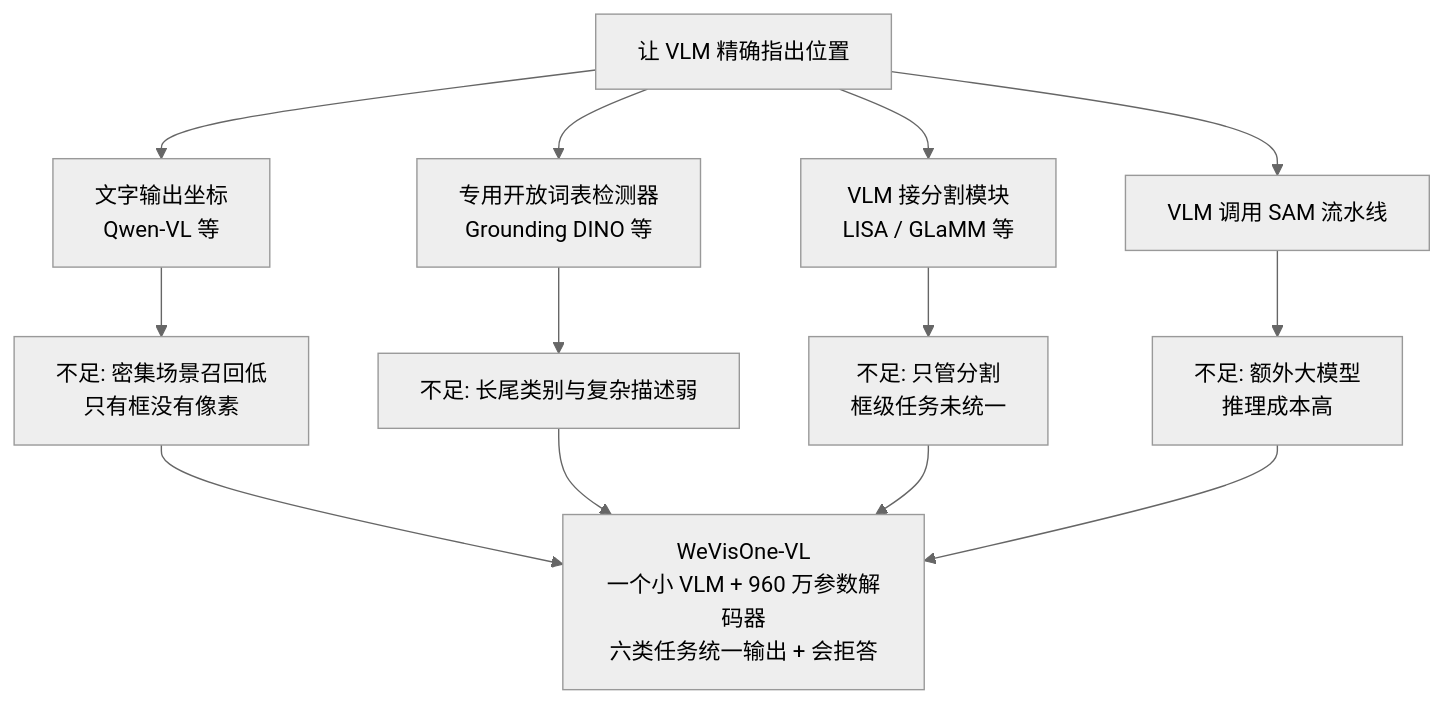
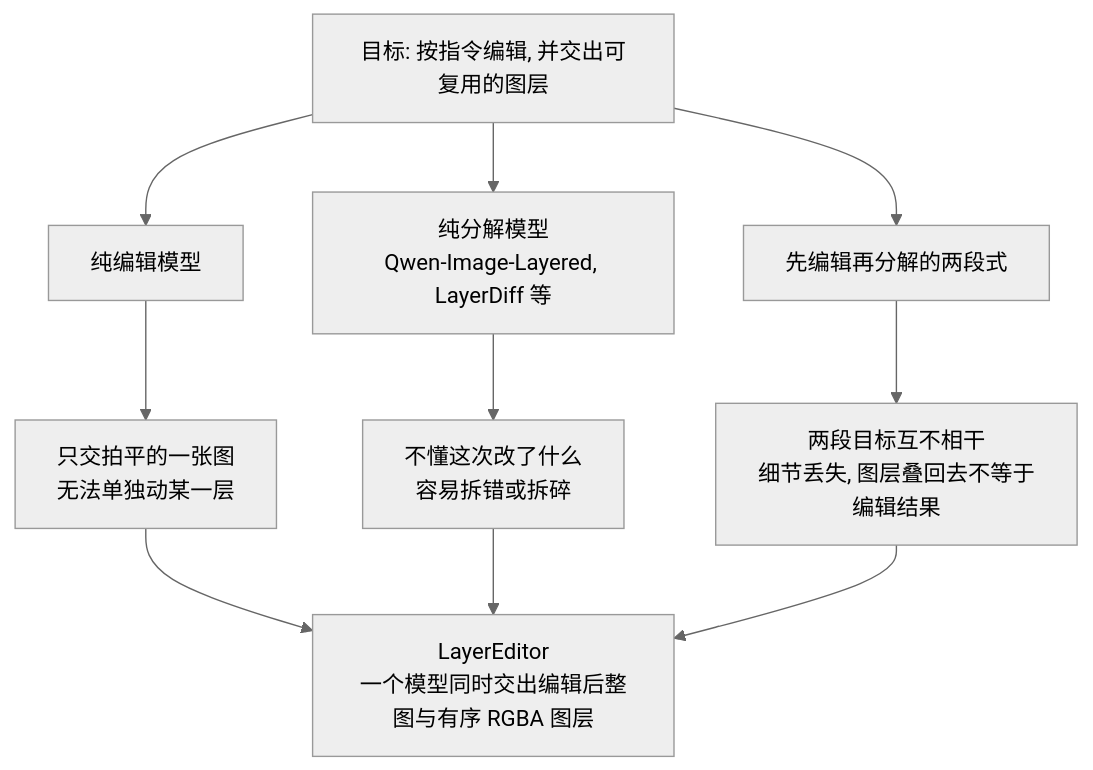
Before and after one commit to yingwang/paper-reads: the first of 3 diagrams in docs/index.md, drawn with Mermaid (neutral theme). The commit also changed other lines of this file and 2 other files, not shown here.

````diff
--- a/docs/index.md
+++ b/docs/index.md
@@ -66,15 +65,12 @@
 ```mermaid
 graph TD
-    P[让 VLM 精确指出位置] --> A[文字输出坐标<br/>Qwen-VL 等]
-    P --> B[专用开放词表检测器<br/>Grounding DINO 等]
-    P --> C[VLM 接分割模块<br/>LISA / GLaMM 等]
-    P --> D[VLM 调用 SAM 流水线]
-    A --> A1[不足: 密集场景召回低<br/>只有框没有像素]
-    B --> B1[不足: 长尾类别与复杂描述弱]
-    C --> C1[不足: 只管分割<br/>框级任务未统一]
-    D --> D1[不足: 额外大模型<br/>推理成本高]
-    A1 --> W[WeVisOne-VL<br/>一个小 VLM + 960 万参数解码器<br/>六类任务统一输出 + 会拒答]
-    B1 --> W
-    C1 --> W
-    D1 --> W
+    G[目标: 按指令编辑, 并交出可复用的图层] --> A[纯编辑模型]
+    G --> B[纯分解模型<br/>Qwen-Image-Layered, LayerDiff 等]
+    G --> C[先编辑再分解的两段式]
+    A --> A1[只交拍平的一张图<br/>无法单独动某一层]
+    B --> B1[不懂这次改了什么<br/>容易拆错或拆碎]
+    C --> C1[两段目标互不相干<br/>细节丢失, 图层叠回去不等于编辑结果]
+    A1 --> L[LayerEditor<br/>一个模型同时交出编辑后整图与有序 RGBA 图层]
+    B1 --> L
+    C1 --> L
 ```
````
